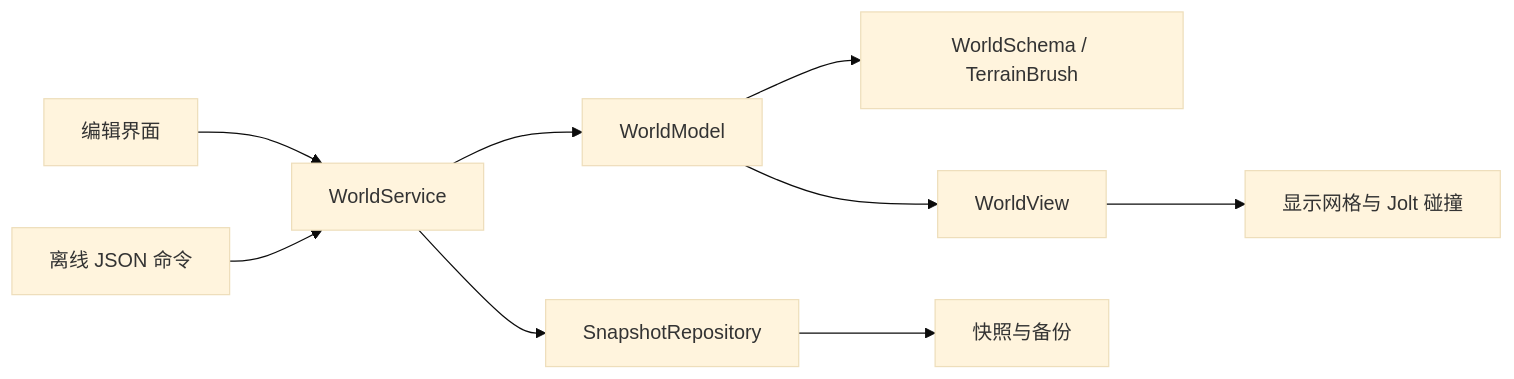
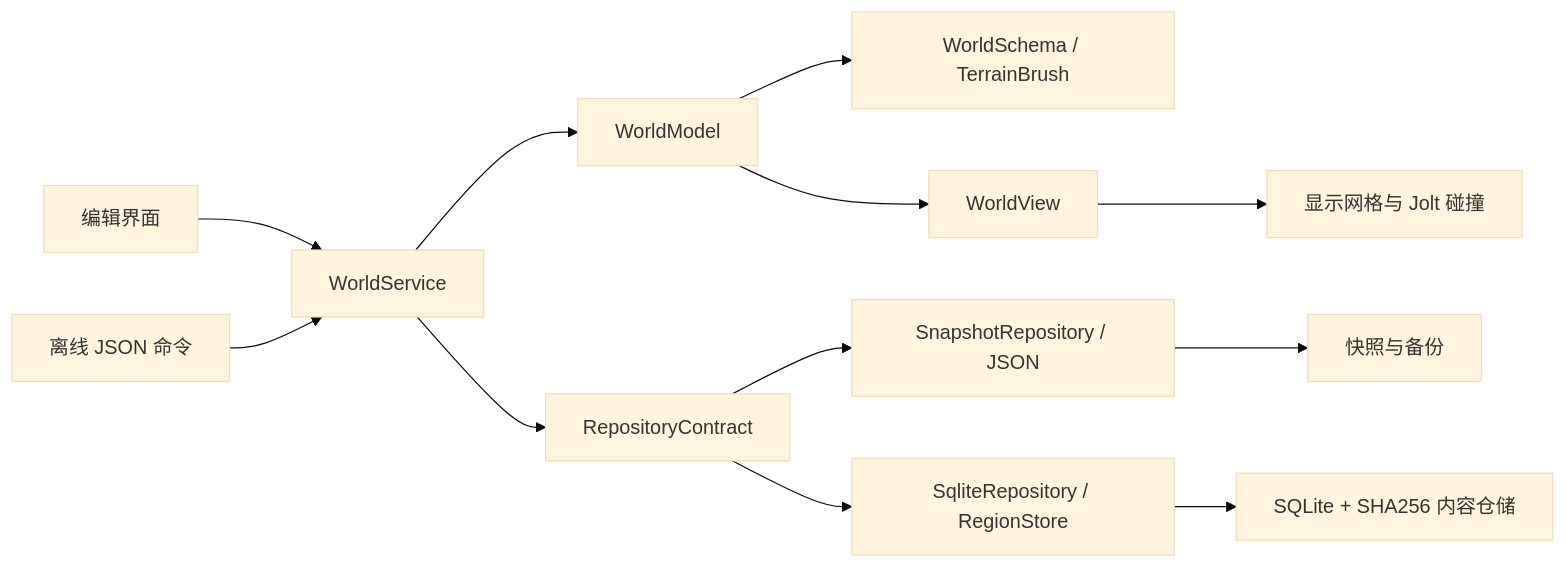
Before and after one commit to StarryLiu1122/OpenSim: the diagram in prototype/docs/architecture-and-api.md, drawn with Mermaid (base theme). The commit also changed other lines of this file and 155 other files, not shown here.

````diff
--- a/prototype/docs/architecture-and-api.md
+++ b/prototype/docs/architecture-and-api.md
@@ -7,11 +7,14 @@
 ```mermaid
 flowchart LR
     UI[编辑界面] --> S[WorldService]
     CLI[离线 JSON 命令] --> S
     S --> M[WorldModel]
     M --> V[WorldSchema / TerrainBrush]
-    S --> R[SnapshotRepository]
-    R --> F[快照与备份]
+    S --> R[RepositoryContract]
+    R --> J[SnapshotRepository / JSON]
+    R --> D[SqliteRepository / RegionStore]
+    J --> F[快照与备份]
+    D --> Q[SQLite + SHA256 内容仓储]
     M --> W[WorldView]
     W --> G[显示网格与 Jolt 碰撞]
 ```
````
